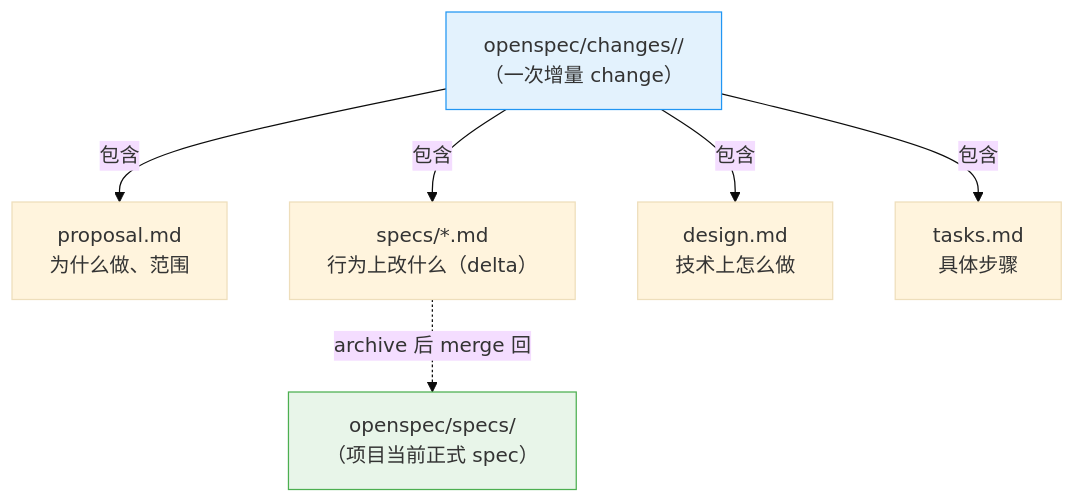
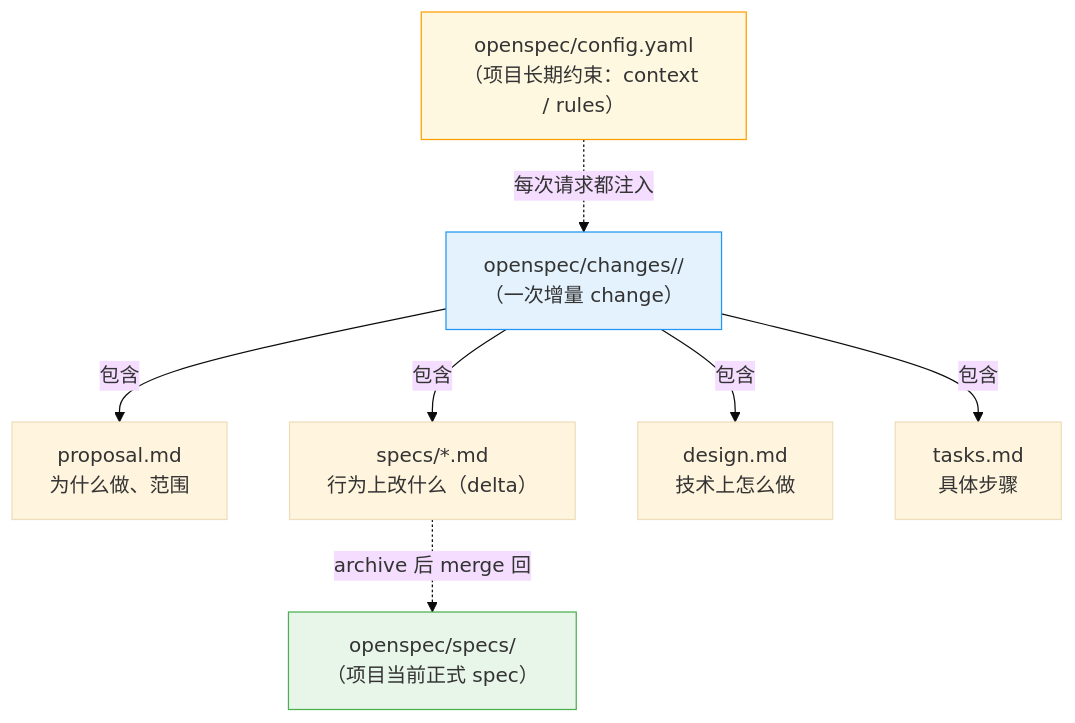
The diagram in _openspec_handbook/10-中级-把核心概念真正串起来.md (ethan-jiang-3/OpenSpec), drawn with Mermaid (base theme) before and after one commit. The commit also changed other lines of this file and 4 other files, not shown here.

````diff
--- a/_openspec_handbook/10-中级-把核心概念真正串起来.md
+++ b/_openspec_handbook/10-中级-把核心概念真正串起来.md
@@ -15,18 +15,21 @@
 ```mermaid
 graph TD
+    CFG["openspec/config.yaml<br/>（项目长期约束：context / rules）"]
     A["openspec/specs/<br/>（项目当前正式 spec）"] 
     B["openspec/changes/<name>/<br/>（一次增量 change）"]
     C["proposal.md<br/>为什么做、范围"]
     D["specs/*.md<br/>行为上改什么（delta）"]
     E["design.md<br/>技术上怎么做"]
     F["tasks.md<br/>具体步骤"]
     
     B -->|包含| C
     B -->|包含| D
     B -->|包含| E
     B -->|包含| F
     D -.archive 后 merge 回.-> A
+    CFG -.每次请求都注入.-> B
     
+    style CFG fill:#fff8e1,stroke:#ffa000
     style A fill:#e8f5e9,stroke:#4caf50
     style B fill:#e3f2fd,stroke:#2196f3
 ```
````
